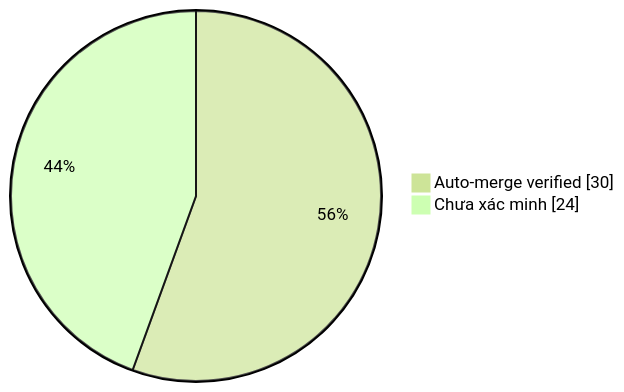
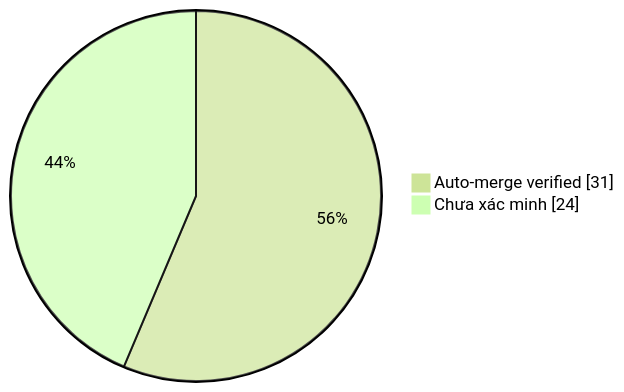
Before and after one commit to duykhang68/tetdinhmuiblog: the diagram in collector.md, drawn with Mermaid (forest theme). The commit also changed other lines of this file and 1 other file, not shown here.

Commit message:
docs(collector): update auto-merge evidence dashboard

````diff
--- a/collector.md
+++ b/collector.md
@@ -22,5 +22,5 @@
 ```mermaid
 pie showData
-    "Auto-merge verified" : 30
+    "Auto-merge verified" : 31
     "Chưa xác minh" : 24
 ```
````
